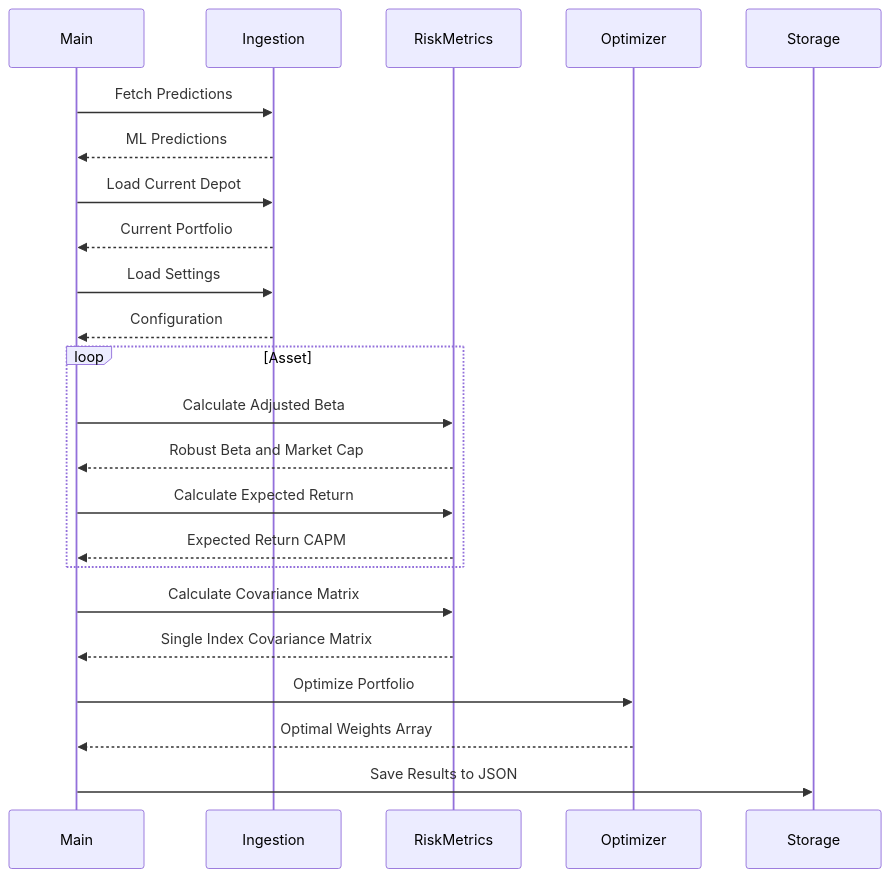
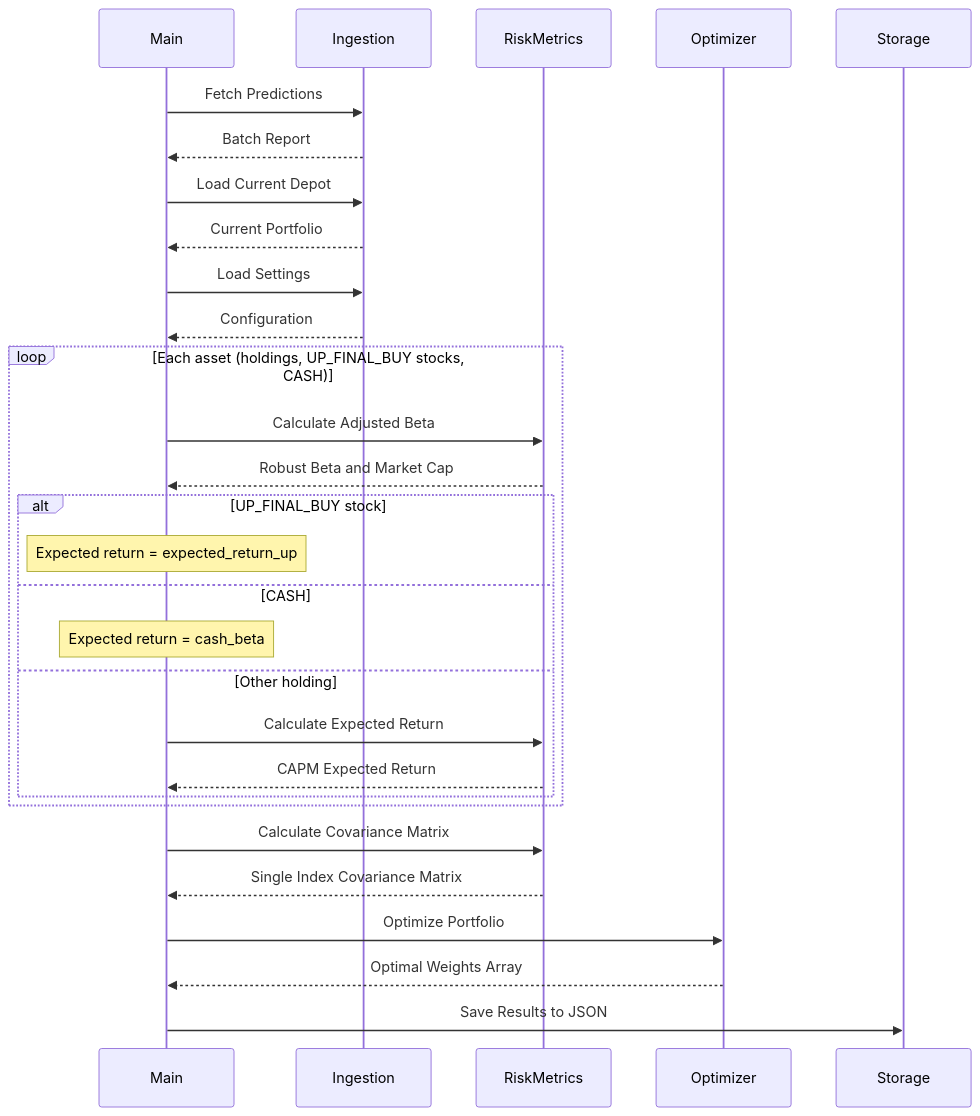
The diagram in README.md (kleinnconrad/ml.prediction.depothedging), drawn with Mermaid before and after one commit. The commit also changed other lines of this file and 1 other file, not shown here.

````diff
--- a/README.md
+++ b/README.md
@@ -83,30 +144,36 @@
 ```mermaid
 sequenceDiagram
     participant Main
     participant Ingestion
     participant RiskMetrics
     participant Optimizer
     participant Storage
 
     Main->>Ingestion: Fetch Predictions
-    Ingestion-->>Main: ML Predictions
+    Ingestion-->>Main: Batch Report
     Main->>Ingestion: Load Current Depot
     Ingestion-->>Main: Current Portfolio
     Main->>Ingestion: Load Settings
     Ingestion-->>Main: Configuration
     
-    loop Asset
+    loop Each asset (holdings, UP_FINAL_BUY stocks, CASH)
         Main->>RiskMetrics: Calculate Adjusted Beta
         RiskMetrics-->>Main: Robust Beta and Market Cap
-        Main->>RiskMetrics: Calculate Expected Return
-        RiskMetrics-->>Main: Expected Return CAPM
+        alt UP_FINAL_BUY stock
+            Note over Main: Expected return = expected_return_up
+        else CASH
+            Note over Main: Expected return = cash_beta
+        else Other holding
+            Main->>RiskMetrics: Calculate Expected Return
+            RiskMetrics-->>Main: CAPM Expected Return
+        end
     end
     
     Main->>RiskMetrics: Calculate Covariance Matrix
     RiskMetrics-->>Main: Single Index Covariance Matrix
     
     Main->>Optimizer: Optimize Portfolio
     Optimizer-->>Main: Optimal Weights Array
     
     Main->>Storage: Save Results to JSON
 ```
````
